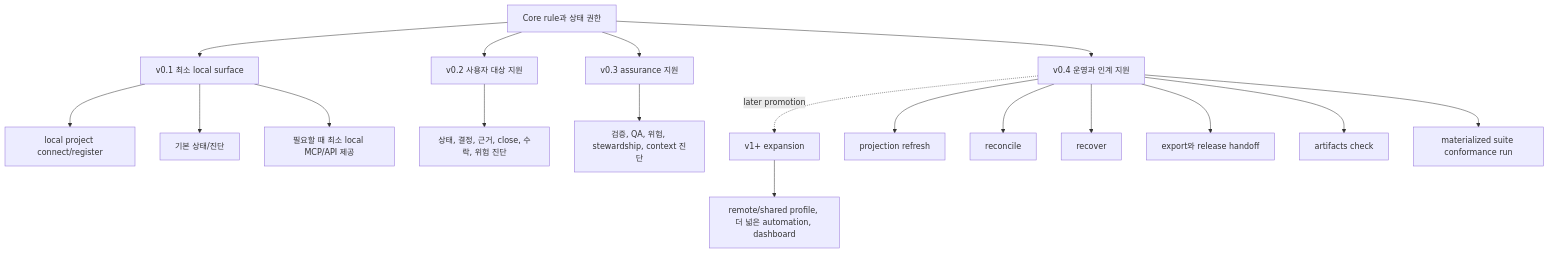
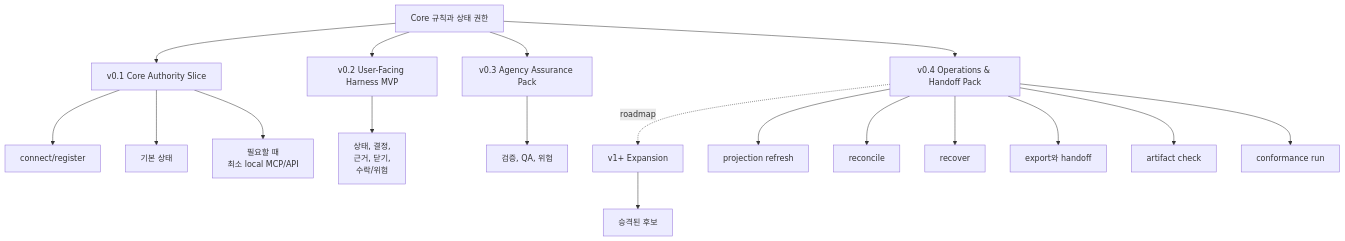
The first of 11 diagrams in docs/ko/reference/operations-and-conformance.md (minjungw00/Harness_Project), drawn with Mermaid before and after one commit. The commit also changed other lines of this file and 20 other files, not shown here.

Commit message:
docs: refresh diagrams for staged authority model

````diff
--- a/docs/ko/reference/operations-and-conformance.md
+++ b/docs/ko/reference/operations-and-conformance.md
@@ -91,21 +91,21 @@
 ```mermaid
 flowchart TD
-  Core["Core rule과 상태 권한"]
-  Core --> V01["v0.1 최소 local surface"]
-  Core --> V02["v0.2 사용자 대상 지원"]
-  Core --> V03["v0.3 assurance 지원"]
-  Core --> V04["v0.4 운영과 인계 지원"]
-  V04 -. later promotion .-> V1["v1+ expansion"]
-  V01 --> Connect["local project connect/register"]
-  V01 --> Status["기본 상태/진단"]
-  V01 --> Serve["필요할 때 최소 local MCP/API 제공"]
-  V02 --> MVPDiag["상태, 결정, 근거, close, 수락, 위험 진단"]
-  V03 --> Assurance["검증, QA, 위험, stewardship, context 진단"]
+  Core["Core 규칙과 상태 권한"]
+  Core --> V01["v0.1 Core Authority Slice"]
+  Core --> V02["v0.2 User-Facing Harness MVP"]
+  Core --> V03["v0.3 Agency Assurance Pack"]
+  Core --> V04["v0.4 Operations & Handoff Pack"]
+  V04 -. roadmap .-> V1["v1+ Expansion"]
+  V01 --> Connect["connect/register"]
+  V01 --> Status["기본 상태"]
+  V01 --> Serve["필요할 때<br/>최소 local MCP/API"]
+  V02 --> MVPDiag["상태, 결정,<br/>근거, 닫기,<br/>수락/위험"]
+  V03 --> Assurance["검증, QA, 위험"]
   V04 --> Refresh["projection refresh"]
   V04 --> Reconcile["reconcile"]
   V04 --> Recover["recover"]
-  V04 --> Export["export와 release handoff"]
-  V04 --> Artifacts["artifacts check"]
-  V04 --> Conformance["materialized suite conformance run"]
-  V1 --> Expansion["remote/shared profile, 더 넓은 automation, dashboard"]
+  V04 --> Export["export와 handoff"]
+  V04 --> Artifacts["artifact check"]
+  V04 --> Conformance["conformance run"]
+  V1 --> Expansion["승격된 후보"]
 ```
````
